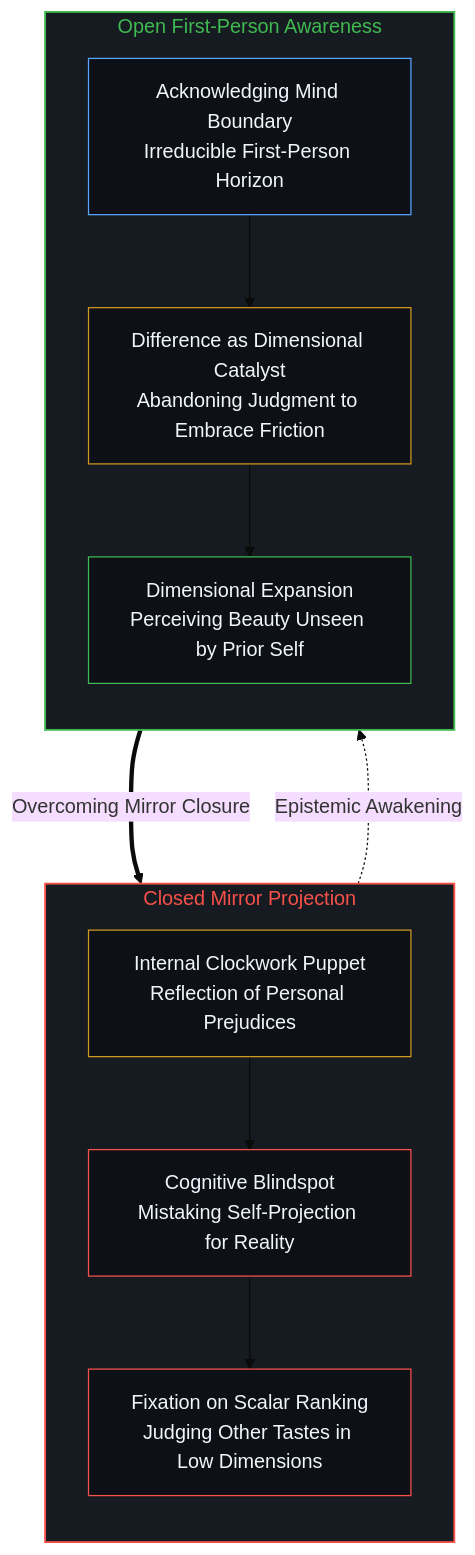
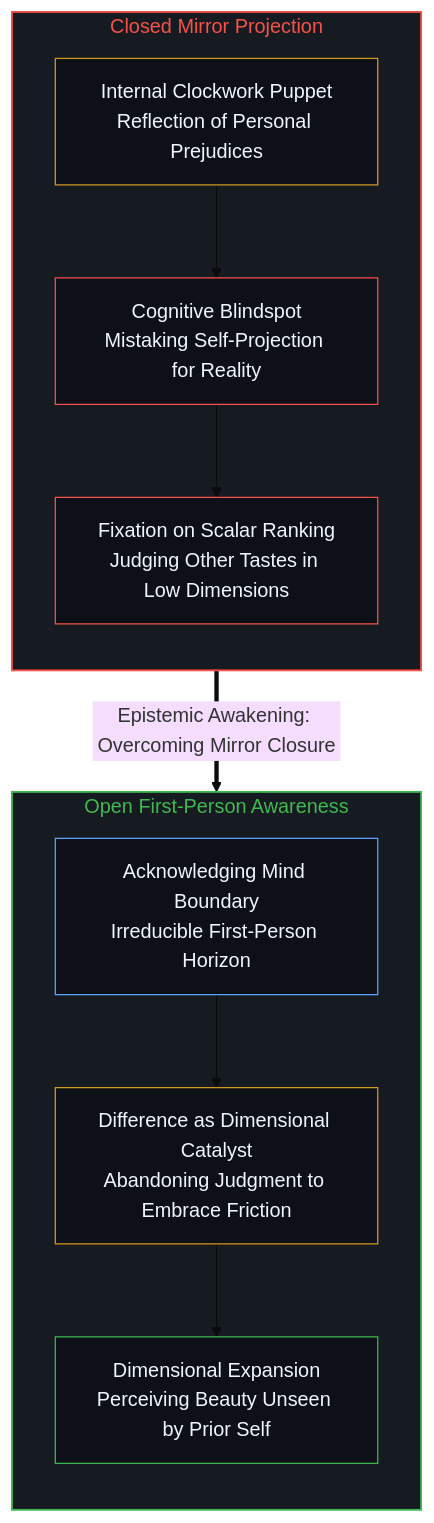
One commit to powerpig99/not-a-toe changed the eighth of 8 diagrams in content/posts/the-self-portrait-in-the-projection.md. Above: the diagram before and after it, drawn with Mermaid (base theme). The commit also changed other lines of this file and 1 other file, not shown here.

````diff
--- a/content/posts/the-self-portrait-in-the-projection.md
+++ b/content/posts/the-self-portrait-in-the-projection.md
@@ -237,29 +236,28 @@
 ```mermaid
 flowchart TD
   subgraph S_MIRROR["Closed Mirror Projection"]
     direction TB
     M_PUPPET["Internal Clockwork Puppet<br/>Reflection of Personal Prejudices"]
     M_BLIND["Cognitive Blindspot<br/>Mistaking Self-Projection for Reality"]
     M_JUDGE["Fixation on Scalar Ranking<br/>Judging Other Tastes in Low Dimensions"]
   end
   subgraph S_OPEN["Open First-Person Awareness"]
     direction TB
     O_BOUNDARY["Acknowledging Mind Boundary<br/>Irreducible First-Person Horizon"]
     O_DIFF["Difference as Dimensional Catalyst<br/>Abandoning Judgment to Embrace Friction"]
     O_EXPAND["Dimensional Expansion<br/>Perceiving Beauty Unseen by Prior Self"]
   end
   M_PUPPET --> M_BLIND
   M_BLIND --> M_JUDGE
-  M_JUDGE -.->|"Epistemic Awakening"| O_BOUNDARY
+  M_JUDGE ==>|"Epistemic Awakening: Overcoming Mirror Closure"| O_BOUNDARY
   O_BOUNDARY --> O_DIFF
   O_DIFF --> O_EXPAND
-  O_EXPAND ===>|"Overcoming Mirror Closure"| M_PUPPET
   style S_MIRROR fill:#161b22,stroke:#f85149,stroke-width:1.5px,color:#f85149
   style S_OPEN fill:#161b22,stroke:#3fb950,stroke-width:1.5px,color:#3fb950
   style M_PUPPET fill:#0d1117,stroke:#d29922,stroke-width:1px,color:#f0f6fc
   style M_BLIND fill:#0d1117,stroke:#f85149,stroke-width:1px,color:#f0f6fc
   style M_JUDGE fill:#0d1117,stroke:#f85149,stroke-width:1px,color:#f0f6fc
   style O_BOUNDARY fill:#0d1117,stroke:#58a6ff,stroke-width:1px,color:#f0f6fc
   style O_DIFF fill:#0d1117,stroke:#d29922,stroke-width:1px,color:#f0f6fc
   style O_EXPAND fill:#0d1117,stroke:#3fb950,stroke-width:1px,color:#f0f6fc
 ```
````
